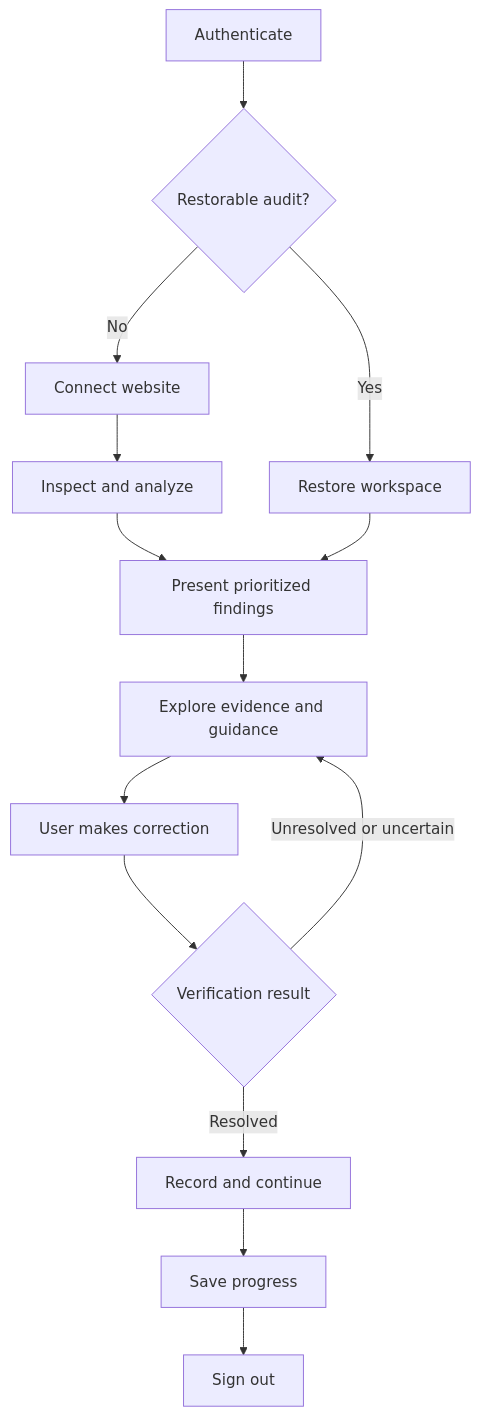
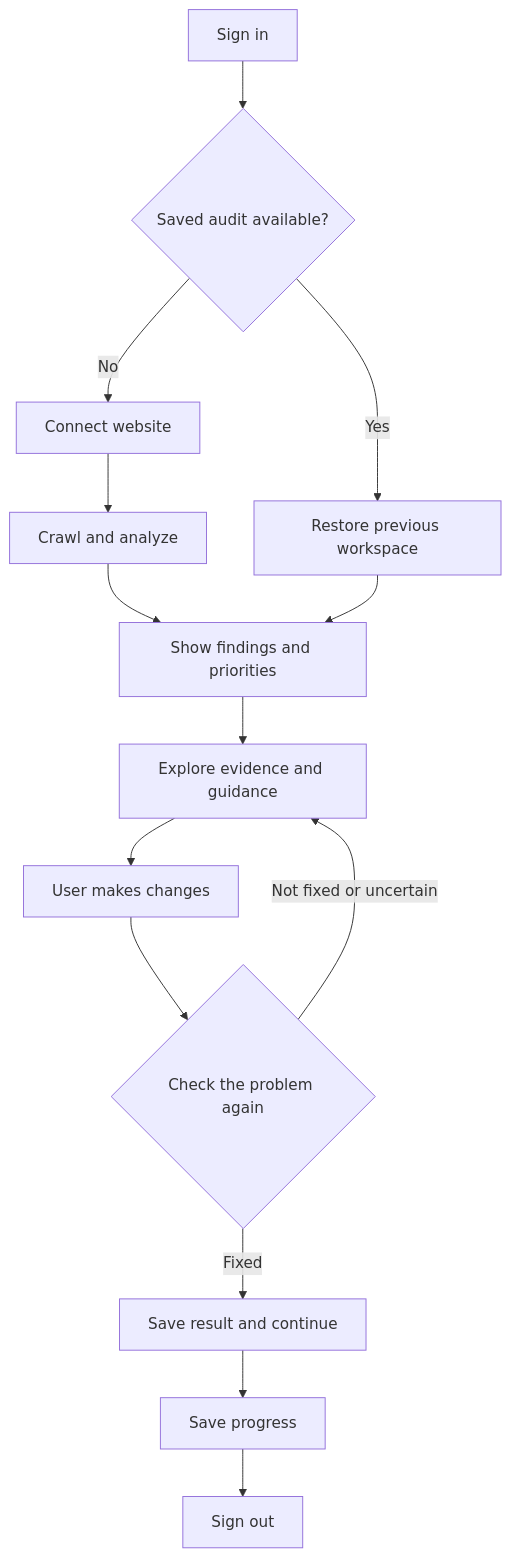
The diagram in PRODUCT-CASE-STUDY.md (aravind9154/COPLIT-Portfolio), drawn with Mermaid before and after one commit. The commit also changed other lines of this file, not shown here.

````diff
--- a/PRODUCT-CASE-STUDY.md
+++ b/PRODUCT-CASE-STUDY.md
@@ -42,16 +30,16 @@
 ```mermaid
 flowchart TD
- A[Authenticate] --> B{Restorable audit?}
+ A[Sign in] --> B{Saved audit available?}
  B -->|No| C[Connect website]
- B -->|Yes| D[Restore workspace]
- C --> E[Inspect and analyze]
- E --> F[Present prioritized findings]
+ B -->|Yes| D[Restore previous workspace]
+ C --> E[Crawl and analyze]
+ E --> F[Show findings and priorities]
  D --> F
  F --> G[Explore evidence and guidance]
- G --> H[User makes correction]
- H --> I{Verification result}
- I -->|Resolved| J[Record and continue]
- I -->|Unresolved or uncertain| G
+ G --> H[User makes changes]
+ H --> I{Check the problem again}
+ I -->|Fixed| J[Save result and continue]
+ I -->|Not fixed or uncertain| G
  J --> K[Save progress]
  K --> L[Sign out]
 ```
````
